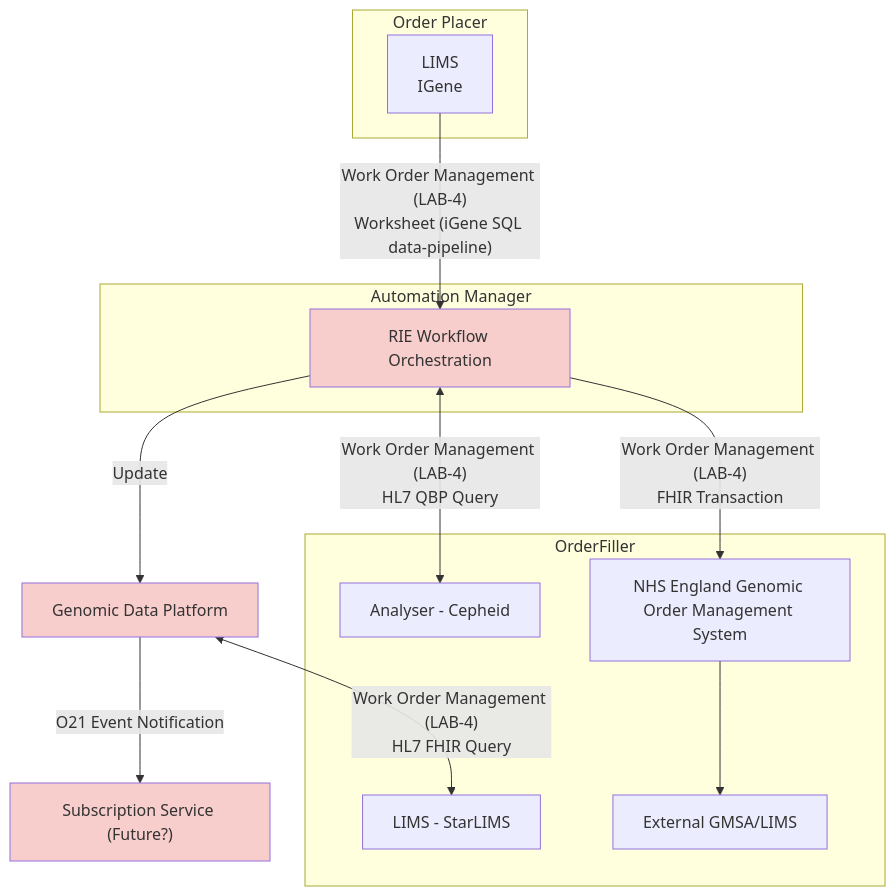
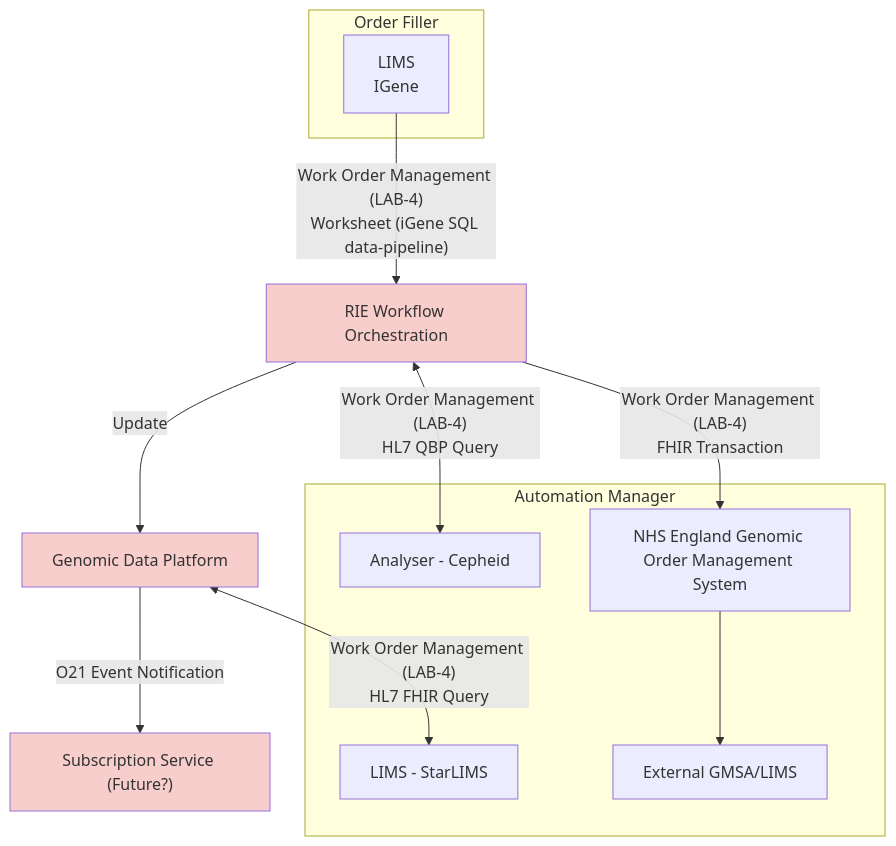
One commit to nw-gmsa/nw-gmsa.github.com changed the fifth of 6 diagrams in input/pagecontent/LTW.md. Above: the diagram before and after it, drawn with Mermaid. The commit also changed other lines of this file, not shown here.

Commit message:
Diagram typo fix

````diff
--- a/input/pagecontent/LTW.md
+++ b/input/pagecontent/LTW.md
@@ -370,40 +370,33 @@
 ```mermaid
 graph TD
 
-
-subgraph GenomicLIMS["Order Placer"];
+subgraph GenomicLIMS["Order Filler"];
     iGene[LIMS<br/>IGene]
 end
 
-subgraph HIE["Automation Manager"];
-    RIE4["RIE Workflow Orchestration"]
- 
-end
+RIE4["RIE Workflow Orchestration"]
 
-subgraph OrderFiller;
-Cepheid[Analyser - Cepheid]
-StarLIMS[LIMS - StarLIMS]
-
-GOMS["NHS England Genomic Order Management System"] 
-ExtLIMS[External GMSA/LIMS]
-
+subgraph OrderFiller["Automation Manager"];
+    Cepheid[Analyser - Cepheid]
+    StarLIMS[LIMS - StarLIMS]
+    GOMS["NHS England Genomic Order Management System"] 
+    ExtLIMS[External GMSA/LIMS]
 end 
 
 GDP["Genomic Data Platform"]
- PubSub["Subscription Service (Future?)"]
+PubSub["Subscription Service (Future?)"]
 
 RIE4 --> |Update| GDP
 GDP --> |O21 Event Notification| PubSub
-
 
 iGene --> |"Work Order Management (LAB-4)<br/>Worksheet (iGene SQL data-pipeline)"| RIE4
 RIE4 <--> |"Work Order Management (LAB-4)<br/>HL7 QBP Query"| Cepheid
 GDP <--> |"Work Order Management (LAB-4)<br/>HL7 FHIR Query"| StarLIMS
 RIE4 --> |"Work Order Management (LAB-4)<br/>FHIR Transaction"| GOMS
 GOMS --> ExtLIMS
 
 classDef purple fill:#E1D5E7;
 classDef pink fill:#F8CECC;
 
 class GDP,RIE4,PubSub,VCFFHIR pink;
 ```
````
